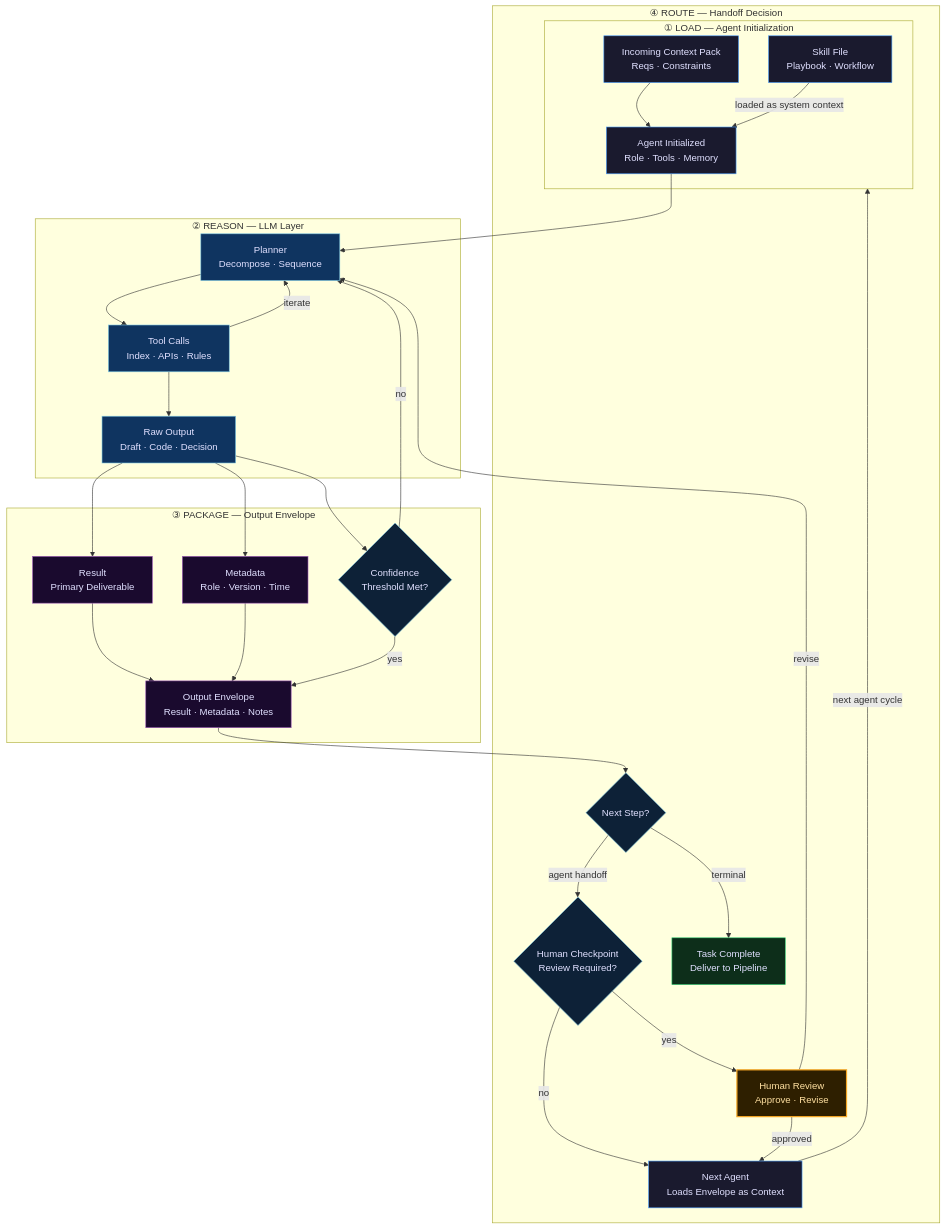
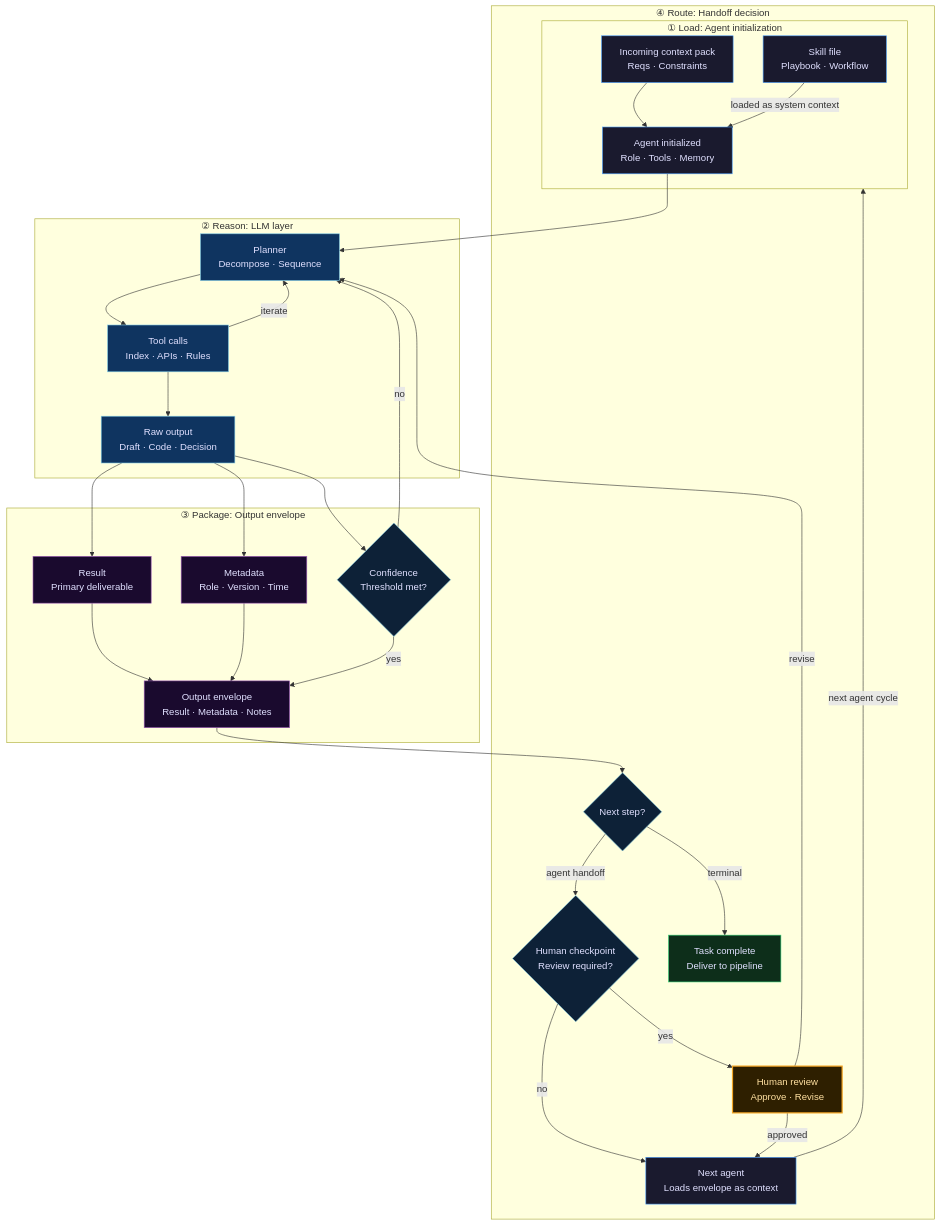
Before and after one commit to bryancalabro/bryancalabro: the tenth of 12 diagrams in README.md, drawn with Mermaid. The commit also changed other lines of this file and 1 other file, not shown here.

First line of the commit message:
Profile: generated diagrams and recent apps, sentence case, no em dashes

````diff
--- a/README.md
+++ b/README.md
@@ -622,64 +635,64 @@
 ```mermaid
 flowchart TD
-    subgraph LOAD["① LOAD — Agent Initialization"]
-        CTX["Incoming Context Pack<br/>Reqs · Constraints"]
-        SF["Skill File<br/>Playbook · Workflow"]
-        INIT["Agent Initialized<br/>Role · Tools · Memory"]
+    subgraph LOAD["① Load: Agent initialization"]
+        CTX["Incoming context pack<br/>Reqs · Constraints"]
+        SF["Skill file<br/>Playbook · Workflow"]
+        INIT["Agent initialized<br/>Role · Tools · Memory"]
         CTX --> INIT
         SF -->|loaded as system context| INIT
     end
 
-    subgraph REASON["② REASON — LLM Layer"]
+    subgraph REASON["② Reason: LLM layer"]
         PLAN["Planner<br/>Decompose · Sequence"]
-        TOOLS["Tool Calls<br/>Index · APIs · Rules"]
-        OUT["Raw Output<br/>Draft · Code · Decision"]
+        TOOLS["Tool calls<br/>Index · APIs · Rules"]
+        OUT["Raw output<br/>Draft · Code · Decision"]
         INIT --> PLAN --> TOOLS --> OUT
         TOOLS -->|iterate| PLAN
     end
 
-    subgraph PACKAGE["③ PACKAGE — Output Envelope"]
-        RES["Result<br/>Primary Deliverable"]
+    subgraph PACKAGE["③ Package: Output envelope"]
+        RES["Result<br/>Primary deliverable"]
         META["Metadata<br/>Role · Version · Time"]
-        CONF{"Confidence<br/>Threshold Met?"}
-        ENV["Output Envelope<br/>Result · Metadata · Notes"]
+        CONF{"Confidence<br/>Threshold met?"}
+        ENV["Output envelope<br/>Result · Metadata · Notes"]
         OUT --> RES
         OUT --> META
         OUT --> CONF
         CONF -->|no| PLAN
         RES --> ENV
         META --> ENV
         CONF -->|yes| ENV
     end
 
-    subgraph ROUTE["④ ROUTE — Handoff Decision"]
-        RTR{Next Step?}
-        HC{"Human Checkpoint<br/>Review Required?"}
-        NEXT["Next Agent<br/>Loads Envelope as Context"]
-        HUMAN["Human Review<br/>Approve · Revise"]
-        DONE["Task Complete<br/>Deliver to Pipeline"]
+    subgraph ROUTE["④ Route: Handoff decision"]
+        RTR{Next step?}
+        HC{"Human checkpoint<br/>Review required?"}
+        NEXT["Next agent<br/>Loads envelope as context"]
+        HUMAN["Human review<br/>Approve · Revise"]
+        DONE["Task complete<br/>Deliver to pipeline"]
         ENV --> RTR
         RTR -->|agent handoff| HC
         HC -->|no| NEXT
         HC -->|yes| HUMAN
         HUMAN -->|approved| NEXT
         HUMAN -->|revise| PLAN
         RTR -->|terminal| DONE
         NEXT -->|next agent cycle| LOAD
     end
 
     classDef loadStyle fill:#1a1a2e,stroke:#4a9eff,color:#e0e0ff
     classDef reasonStyle fill:#0f3460,stroke:#7ec8e3,color:#e0e0ff
     classDef packageStyle fill:#1a0a2e,stroke:#9b59b6,color:#e0e0ff
     classDef routeStyle fill:#0d2137,stroke:#7ec8e3,color:#e0e0ff
     classDef humanStyle fill:#2e1f00,stroke:#f5a623,color:#ffe0a0,stroke-width:2px
     classDef doneStyle fill:#0d2e1a,stroke:#2ecc71,color:#e0e0ff
     classDef flagStyle fill:#2e0a0a,stroke:#e74c3c,color:#ffcccc
 
     class CTX,SF,INIT loadStyle
     class PLAN,TOOLS,OUT reasonStyle
     class RES,META,ENV packageStyle
     class CONF,RTR,HC routeStyle
     class HUMAN humanStyle
     class DONE doneStyle
     class NEXT loadStyle
 ```
````
